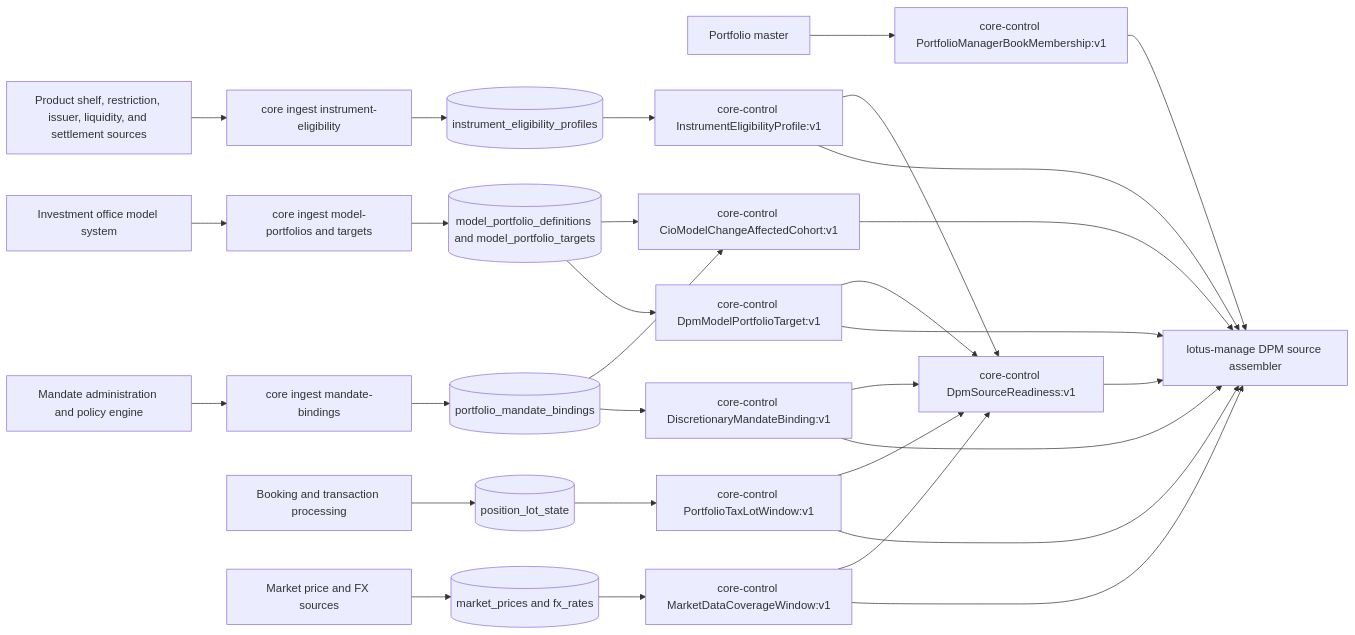
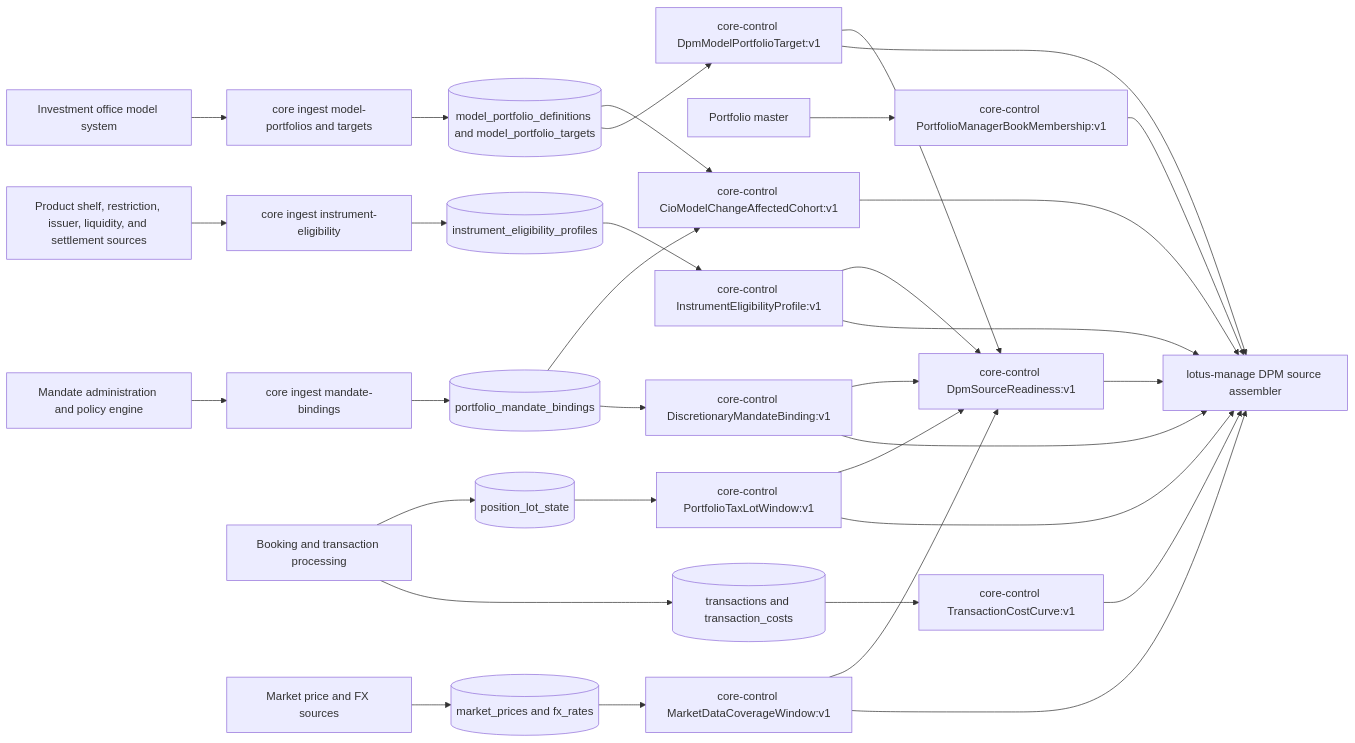
Before and after one commit to sgajbi/lotus-core: the first of 2 diagrams in wiki/Mesh-Data-Products.md, drawn with Mermaid. The commit also changed other lines of this file and 20 other files, not shown here.

First line of the commit message:
Add transaction cost curve source product

````diff
--- a/wiki/Mesh-Data-Products.md
+++ b/wiki/Mesh-Data-Products.md
@@ -40,32 +42,35 @@
 ```mermaid
 flowchart LR
     Upstream[Investment office model system] --> Ingest[core ingest model-portfolios and targets]
     Mandate[Mandate administration and policy engine] --> BindIngest[core ingest mandate-bindings]
     Eligibility[Product shelf, restriction, issuer, liquidity, and settlement sources] --> EligibilityIngest[core ingest instrument-eligibility]
     Booking[Booking and transaction processing] --> LotState[(position_lot_state)]
+    Booking --> Transactions[(transactions and transaction_costs)]
     Market[Market price and FX sources] --> MarketStore[(market_prices and fx_rates)]
     PortfolioMaster[Portfolio master] --> BookAPI[core-control PortfolioManagerBookMembership:v1]
     Store --> CioCohort[core-control CioModelChangeAffectedCohort:v1]
     BindingStore --> CioCohort
     Ingest --> Store[(model_portfolio_definitions and model_portfolio_targets)]
     BindIngest --> BindingStore[(portfolio_mandate_bindings)]
     EligibilityIngest --> EligibilityStore[(instrument_eligibility_profiles)]
     Store --> API[core-control DpmModelPortfolioTarget:v1]
     BindingStore --> BindingAPI[core-control DiscretionaryMandateBinding:v1]
     EligibilityStore --> EligibilityAPI[core-control InstrumentEligibilityProfile:v1]
     LotState --> TaxLotAPI[core-control PortfolioTaxLotWindow:v1]
+    Transactions --> CostCurveAPI[core-control TransactionCostCurve:v1]
     MarketStore --> MarketAPI[core-control MarketDataCoverageWindow:v1]
     BookAPI --> Manage
     API --> Readiness[core-control DpmSourceReadiness:v1]
     BindingAPI --> Readiness
     EligibilityAPI --> Readiness
     TaxLotAPI --> Readiness
     MarketAPI --> Readiness
     API --> Manage[lotus-manage DPM source assembler]
     BindingAPI --> Manage
     EligibilityAPI --> Manage
     TaxLotAPI --> Manage
+    CostCurveAPI --> Manage
     MarketAPI --> Manage
     Readiness --> Manage
     CioCohort --> Manage
 ```
````
